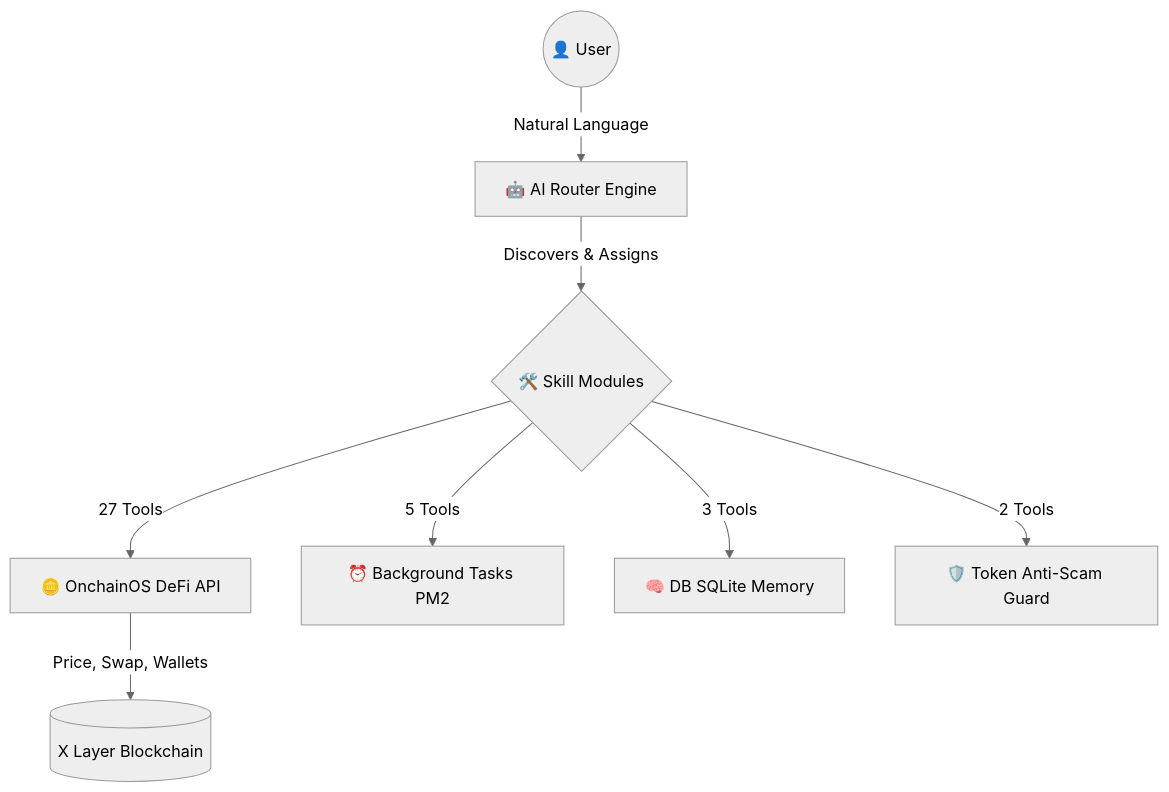
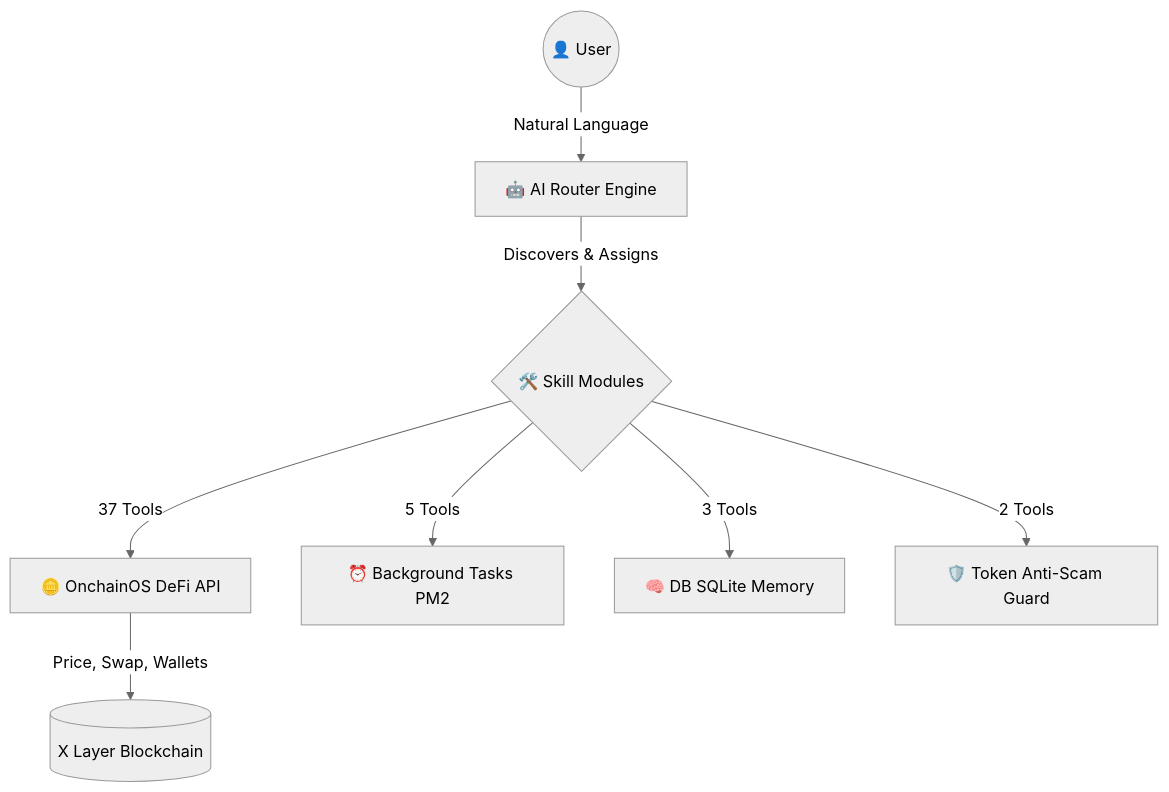
One commit to haivcon/xbot changed the first of 6 diagrams in README.md. Above: the diagram before and after it, drawn with Mermaid (neutral theme). The commit also changed other lines of this file, not shown here.

````diff
--- a/README.md
+++ b/README.md
@@ -182,10 +182,10 @@
 ```mermaid
 graph TD;
     User((👤 User)) -->|Natural Language| Core[🤖 AI Router Engine];
     Core -->|Discovers & Assigns| Tools{🛠️ Skill Modules};
-    Tools -->|27 Tools| Onchain[🪙 OnchainOS DeFi API];
+    Tools -->|37 Tools| Onchain[🪙 OnchainOS DeFi API];
     Tools -->|5 Tools| Scheduler[⏰ Background Tasks PM2];
     Tools -->|3 Tools| Memory[🧠 DB SQLite Memory];
     Tools -->|2 Tools| Security[🛡️ Token Anti-Scam Guard];
     Onchain -->|Price, Swap, Wallets| XLayer[(X Layer Blockchain)];
 ```
````
